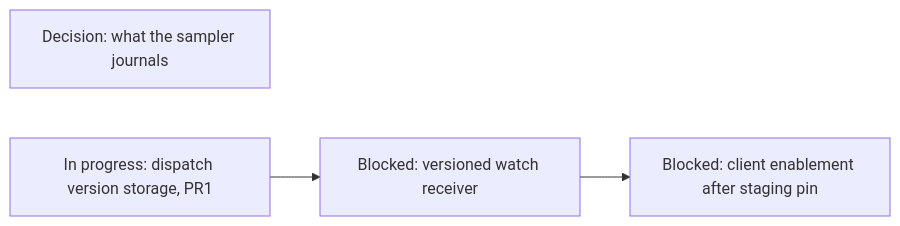
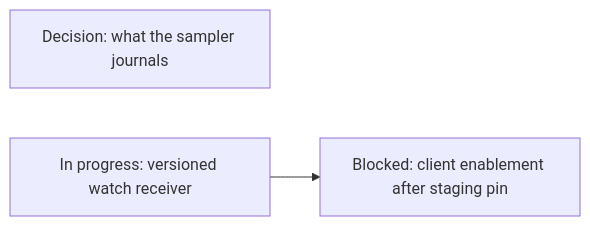
Diagram 19 of 20 in agentplane/plans/task_dag.md (agentydragon/ducktape), drawn with Mermaid before and after one commit. The commit also changed other lines of this file and 19 other files, not shown here.

Commit message:
Read versioned dispatch changes with resumable watch checkpoints

````diff
--- a/agentplane/plans/task_dag.md
+++ b/agentplane/plans/task_dag.md
@@ -3813,8 +3815,7 @@
 ```mermaid
 flowchart LR
     SAMPLER_JOURNAL_DIET[Decision: what the sampler journals]
-    DISPATCHER_WATCH_VERSIONS[In progress: dispatch version storage, PR1]
-    DISPATCHER_WATCH_RESUMABLE_SERVER[Blocked: versioned watch receiver]
+    DISPATCHER_WATCH_RESUMABLE_SERVER[In progress: versioned watch receiver]
     DISPATCHER_WATCH_CLIENT_CUTOVER[Blocked: client enablement after staging pin]
-    DISPATCHER_WATCH_VERSIONS --> DISPATCHER_WATCH_RESUMABLE_SERVER --> DISPATCHER_WATCH_CLIENT_CUTOVER
+    DISPATCHER_WATCH_RESUMABLE_SERVER --> DISPATCHER_WATCH_CLIENT_CUTOVER
 ```
````
